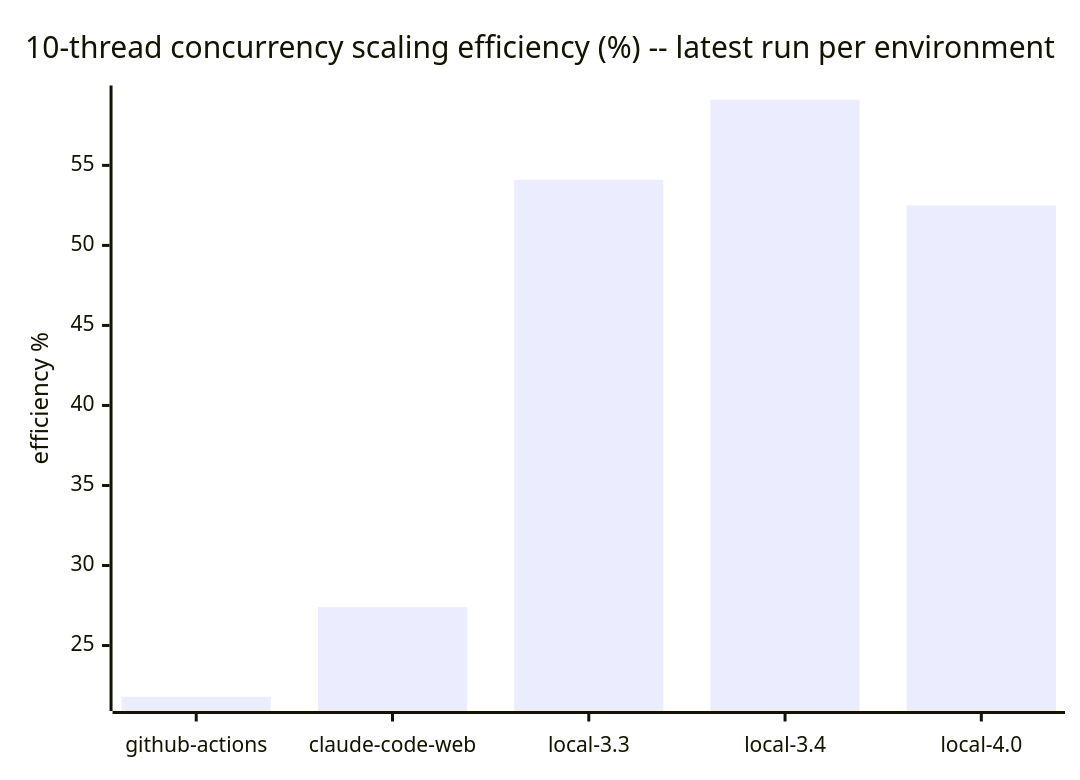
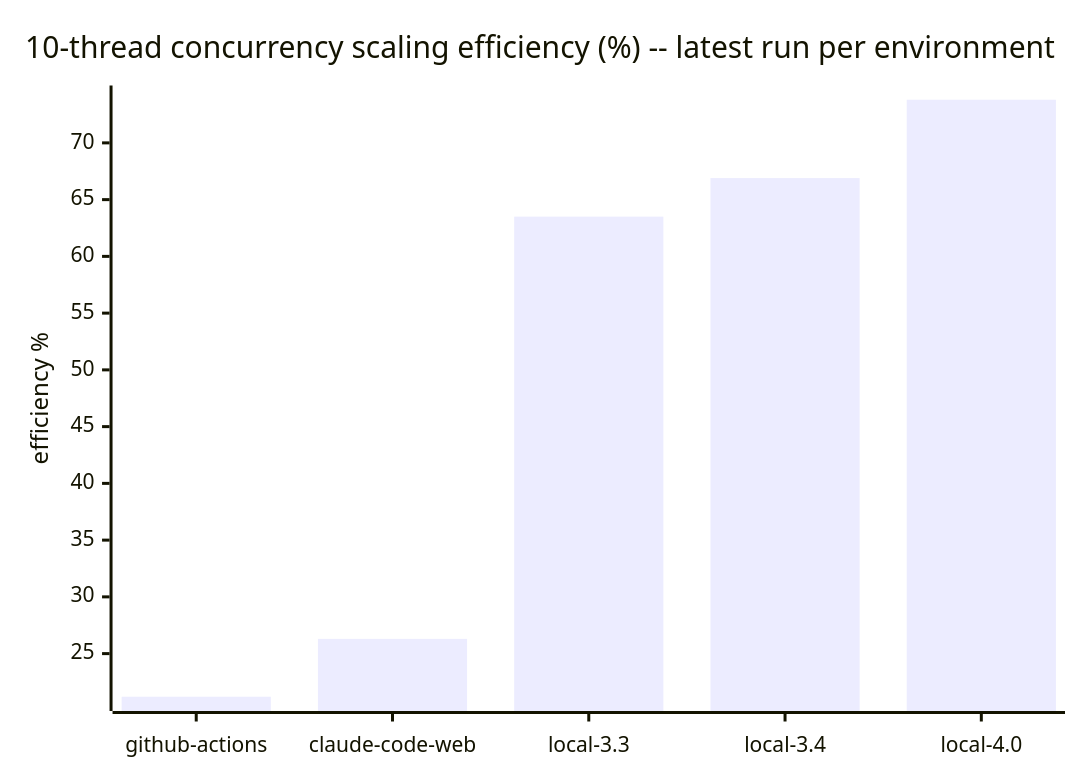
One commit to cpb/duckling changed the seventh of 7 diagrams in docs/benchmarks/README.md. Above: the diagram before and after it, drawn with Mermaid. The commit also changed other lines of this file and 20 other files, not shown here.

````diff
--- a/docs/benchmarks/README.md
+++ b/docs/benchmarks/README.md
@@ -223,7 +223,7 @@
 ```mermaid
 xychart-beta
     title "10-thread concurrency scaling efficiency (%) -- latest run per environment"
     x-axis [github-actions, claude-code-web, local-3.3, local-3.4, local-4.0]
     y-axis "efficiency %"
-    bar "efficiency_pct" [21.8, 27.4, 54.1, 59.1, 52.5]
+    bar "efficiency_pct" [21.2, 26.3, 63.5, 66.9, 73.8]
 ```
````
